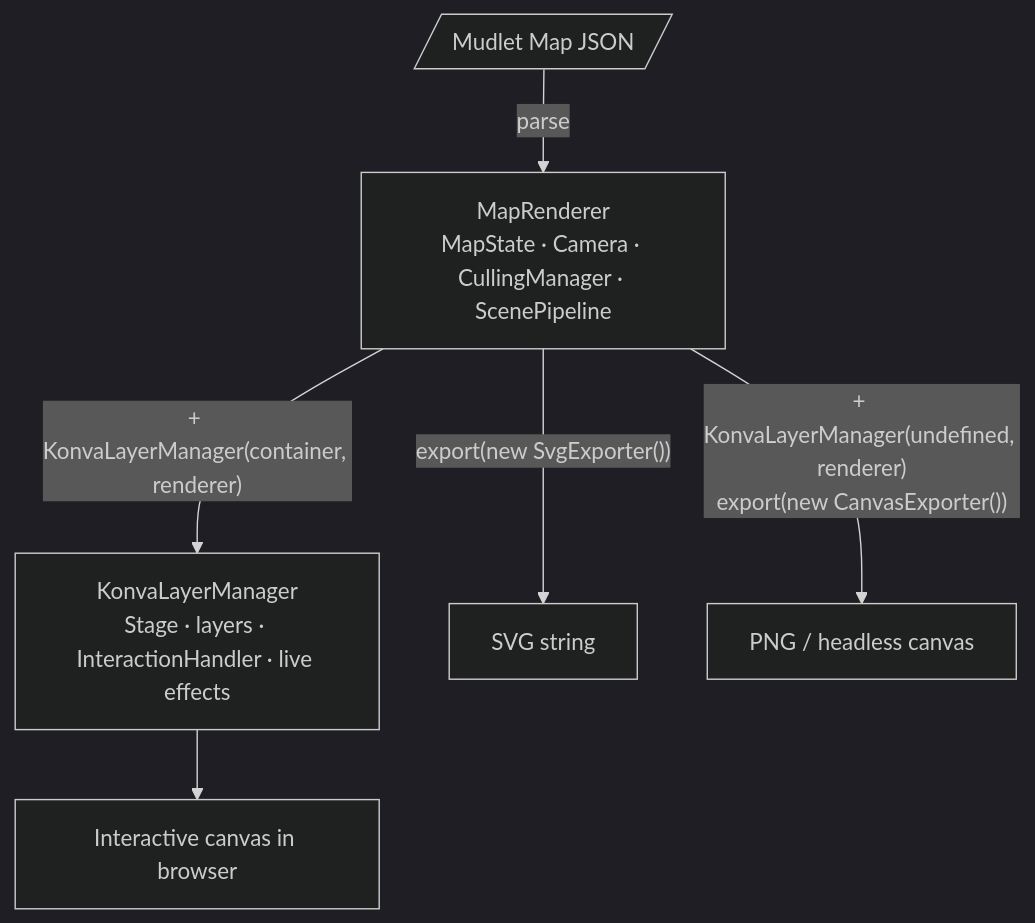
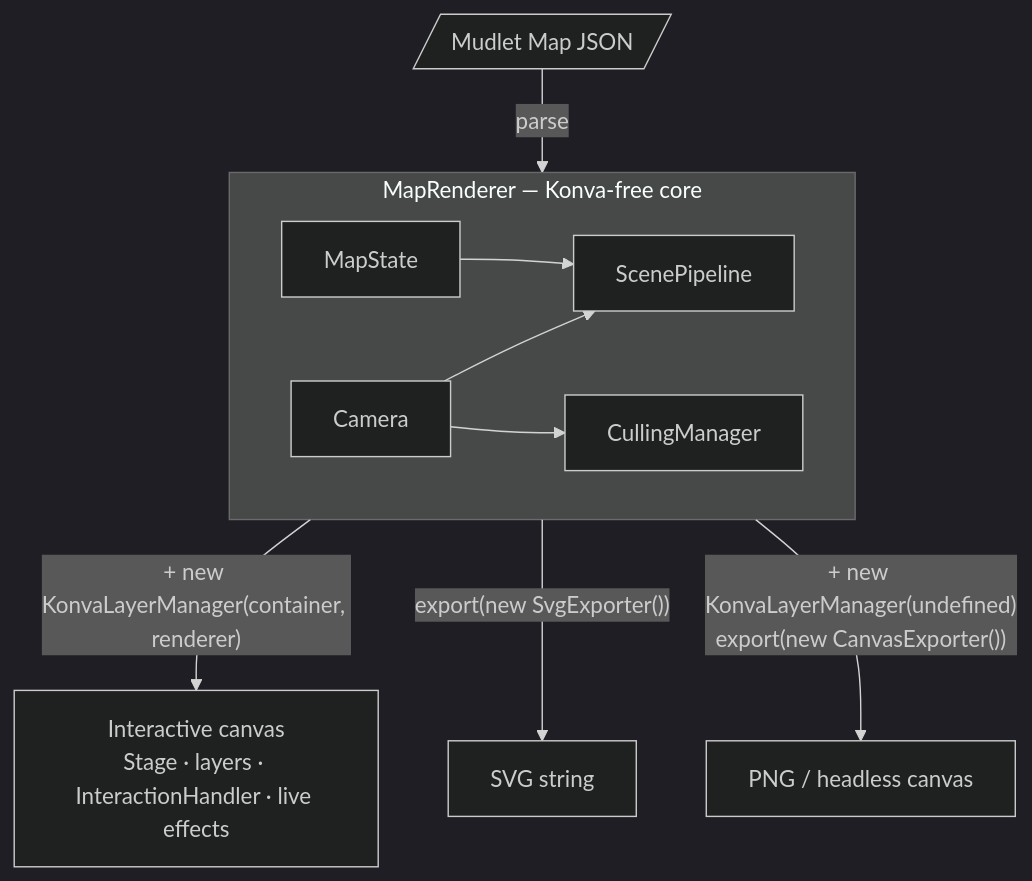
Before and after one commit to Delwing/mudlet-map-renderer: the first of 12 diagrams in docs/architecture.md, drawn with Mermaid (dark theme).

Commit message:
System overview: MapRenderer as subgraph with internal connections, merged KonvaLayerManager branch

````diff
--- a/docs/architecture.md
+++ b/docs/architecture.md
@@ -9,14 +9,17 @@
 ```mermaid
 flowchart TD
     JSON[/"Mudlet Map JSON"/]
 
-    MR["MapRenderer\nMapState · Camera · CullingManager · ScenePipeline"]
+    subgraph MR["MapRenderer — Konva-free core"]
+        direction LR
+        MS[MapState] --> SP[ScenePipeline]
+        CAM[Camera] --> CM[CullingManager]
+        CAM --> SP
+    end
 
     JSON -->|parse| MR
 
-    MR -->|"+ KonvaLayerManager(container, renderer)"| INTER["KonvaLayerManager\nStage · layers · InteractionHandler · live effects"]
+    MR -->|"+ new KonvaLayerManager(container, renderer)"| INTER["Interactive canvas\nStage · layers · InteractionHandler · live effects"]
     MR -->|"export(new SvgExporter())"| SVG["SVG string"]
-    MR -->|"+ KonvaLayerManager(undefined, renderer)\nexport(new CanvasExporter())"| PNG["PNG / headless canvas"]
-
-    INTER --> Browser["Interactive canvas in browser"]
+    MR -->|"+ new KonvaLayerManager(undefined)\nexport(new CanvasExporter())"| PNG["PNG / headless canvas"]
 ```
````
